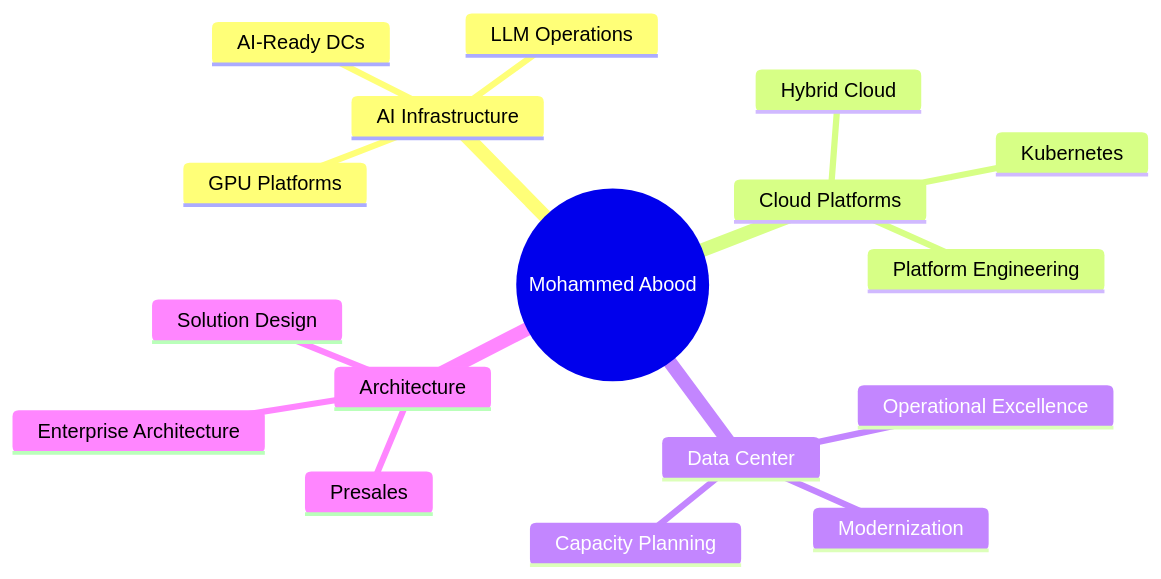
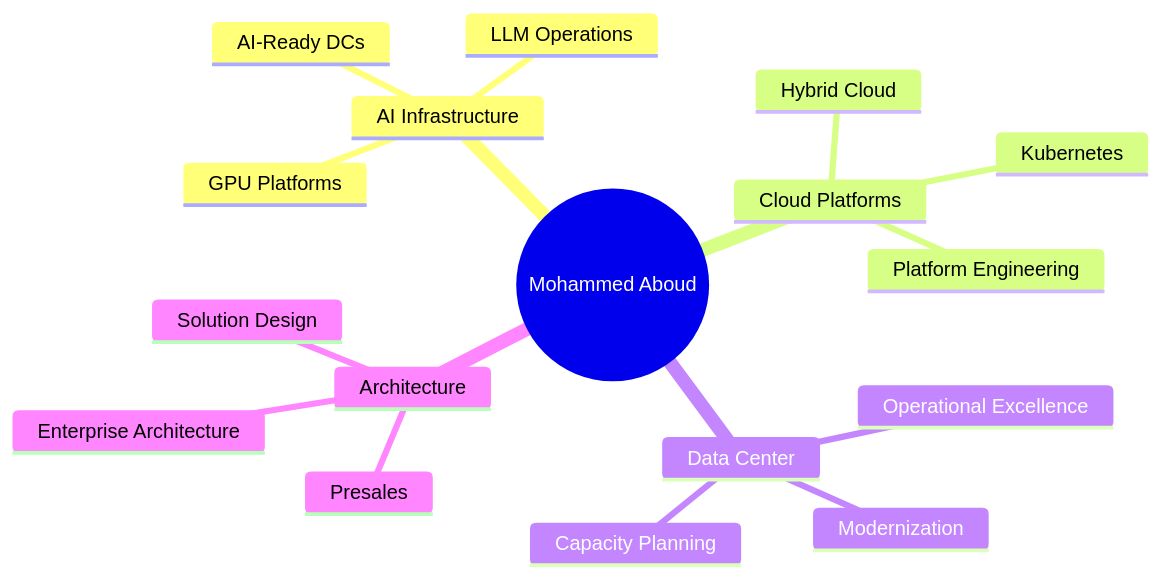
The diagram in README.md (m-aboud/m-aboud), drawn with Mermaid before and after one commit. The commit also changed other lines of this file, not shown here.

````diff
--- a/README.md
+++ b/README.md
@@ -164,20 +165,20 @@
 ```mermaid
 mindmap
-  root((Mohammed Abood))
+  root((Mohammed Aboud))
     AI Infrastructure
       GPU Platforms
       LLM Operations
       AI-Ready DCs
     Cloud Platforms
       Hybrid Cloud
       Kubernetes
       Platform Engineering
     Data Center
       Modernization
       Capacity Planning
       Operational Excellence
     Architecture
       Solution Design
       Presales
       Enterprise Architecture
 ```
````
